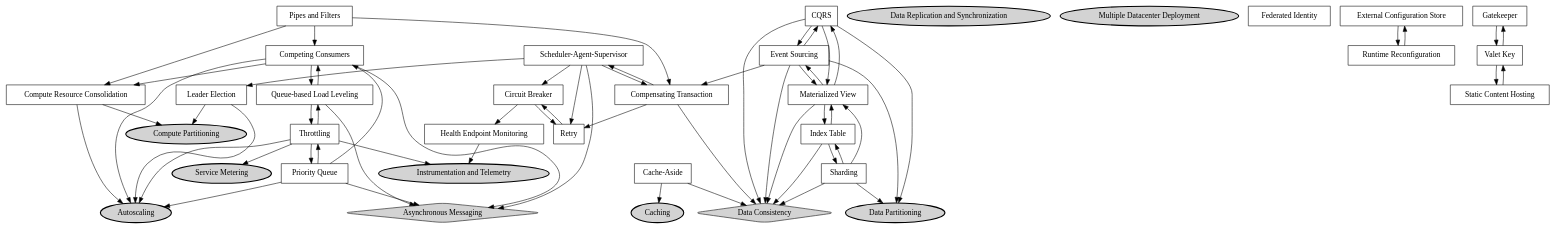
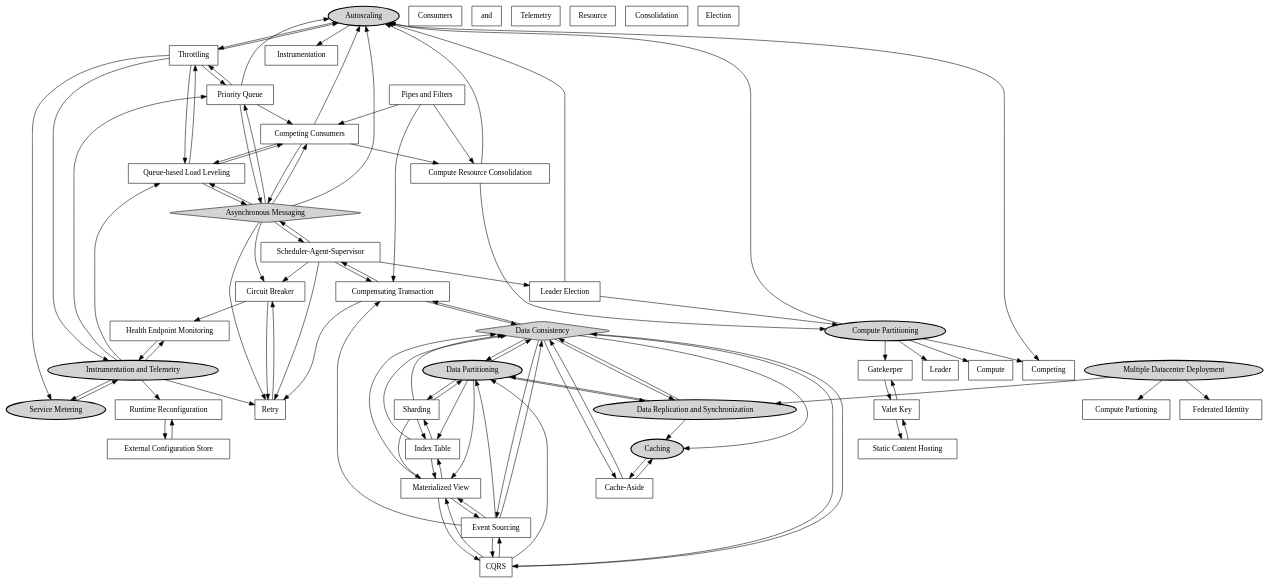
Before and after one commit to isaachan/cloud-design-patterns: the diagram in patterns.dot, drawn with Graphviz.

Commit message:
finish digram.

```diff
--- a/patterns.dot
+++ b/patterns.dot
@@ -1,107 +1,156 @@
 digraph G { 
 
   node[style="filled,bold"]
   "Autoscaling"
   "Caching"
   "Compute Partitioning"
   "Data Partitioning"
   "Data Replication and Synchronization"
   "Instrumentation and Telemetry"
   "Multiple Datacenter Deployment"
   "Service Metering"
 
   node[style="filled,rounded", shape="diamond"]
   "Asynchronous Messaging"
   "Data Consistency"
 
   node[style="solid", shape="box"]
   "Federated Identity"
   
   "Cache-Aside" -> "Caching"
   "Cache-Aside" -> "Data Consistency"
 
   "Circuit Breaker" -> "Retry"
   "Circuit Breaker" -> "Health Endpoint Monitoring"
 
   "Compensating Transaction" -> "Data Consistency"
   "Compensating Transaction" -> "Scheduler-Agent-Supervisor"
   "Compensating Transaction" -> "Retry"
   
   "Competing Consumers" -> "Asynchronous Messaging"
   "Competing Consumers" -> "Autoscaling"
   "Competing Consumers" -> "Compute Resource Consolidation"
   "Competing Consumers" -> "Queue-based Load Leveling"
 
   "Compute Resource Consolidation" -> "Autoscaling"
   "Compute Resource Consolidation" -> "Compute Partitioning"
 
   CQRS -> "Data Consistency"
   CQRS -> "Data Partitioning"
   CQRS -> "Event Sourcing"
   CQRS -> "Materialized View"
 
   "Event Sourcing" -> CQRS
   "Event Sourcing" -> "Materialized View"
   "Event Sourcing" -> "Compensating Transaction"
   "Event Sourcing" -> "Data Consistency"
   "Event Sourcing" -> "Data Partitioning"
 
   "External Configuration Store" -> "Runtime Reconfiguration"
 
   "Gatekeeper" -> "Valet Key"
   
   "Health Endpoint Monitoring" -> "Instrumentation and Telemetry"
   
   "Index Table" -> "Data Consistency"
   "Index Table" -> "Sharding"
   "Index Table" -> "Materialized View"
 
   "Leader Election" -> "Autoscaling"
   "Leader Election" -> "Compute Partitioning"
 
   "Materialized View" -> "Data Consistency"
   "Materialized View" -> CQRS
   "Materialized View" -> "Event Sourcing"
   "Materialized View" -> "Index Table"
 
   "Pipes and Filters" -> "Competing Consumers"
   "Pipes and Filters" -> "Compute Resource Consolidation"
   "Pipes and Filters" -> "Compensating Transaction"
 
   "Priority Queue" -> "Asynchronous Messaging"
   "Priority Queue" -> "Competing Consumers"
   "Priority Queue" -> Throttling
   "Priority Queue" -> Autoscaling
 
   "Queue-based Load Leveling" -> "Asynchronous Messaging"
   "Queue-based Load Leveling" -> "Competing Consumers"
   "Queue-based Load Leveling" -> Throttling
 
   Retry -> "Circuit Breaker"
 
   "Runtime Reconfiguration" -> "External Configuration Store"
 
   "Scheduler-Agent-Supervisor" -> Retry
   "Scheduler-Agent-Supervisor" -> "Circuit Breaker"
   "Scheduler-Agent-Supervisor" -> "Compensating Transaction"
   "Scheduler-Agent-Supervisor" -> "Asynchronous Messaging"
   "Scheduler-Agent-Supervisor" -> "Leader Election"
 
   Sharding -> "Data Consistency"
   Sharding -> "Data Partitioning"
   Sharding -> "Index Table"
   Sharding -> "Materialized View"
 
   "Static Content Hosting" -> "Valet Key"
 
   Throttling -> "Instrumentation and Telemetry"
   Throttling -> "Service Metering"
   Throttling -> "Autoscaling"
   Throttling -> "Queue-based Load Leveling"
   Throttling -> "Priority Queue"
 
   "Valet Key" -> "Gatekeeper"
   "Valet Key" -> "Static Content Hosting"
 
-  
+  "Asynchronous Messaging" -> "Autoscaling"
+  "Asynchronous Messaging" -> "Circuit Breaker"
+  "Asynchronous Messaging" -> "Competing Consumers"
+  "Asynchronous Messaging" -> "Priority Queue"
+  "Asynchronous Messaging" -> "Queue-based Load Leveling"
+  "Asynchronous Messaging" -> Retry
+  "Asynchronous Messaging" -> "Scheduler-Agent-Supervisor"
+
+  Autoscaling -> Throttling
+  Autoscaling -> Competing Consumers
+  Autoscaling -> Instrumentation and Telemetry
+
+  Caching -> "Cache-Aside"
+
+  "Compute Partitioning" -> Autoscaling
+  "Compute Partitioning" -> Competing Consumers
+  "Compute Partitioning" -> Compute Resource Consolidation
+  "Compute Partitioning" -> Gatekeeper
+  "Compute Partitioning" -> Leader Election
+
+  "Data Consistency" -> "Compensating Transaction"
+  "Data Consistency" -> CQRS
+  "Data Consistency" -> "Event Sourcing"
+  "Data Consistency" -> "Data Partitioning"
+  "Data Consistency" -> "Data Replication and Synchronization"
+  "Data Consistency" -> Caching
+  "Data Consistency" -> "Cache-Aside"
+
+  "Data Partitioning" -> Sharding
+  "Data Partitioning" -> "Data Consistency"
+  "Data Partitioning" -> "Data Replication and Synchronization"
+  "Data Partitioning" -> "Index Table"
+  "Data Partitioning" -> "Materialized View"
+
+  "Data Replication and Synchronization" -> Caching
+  "Data Replication and Synchronization" -> "Data Consistency"
+  "Data Replication and Synchronization" -> "Data Partitioning"
+
+  "Instrumentation and Telemetry" -> "Health Endpoint Monitoring"
+  "Instrumentation and Telemetry" -> "Service Metering"
+  "Instrumentation and Telemetry" -> "Queue-based Load Leveling"
+  "Instrumentation and Telemetry" -> "Priority Queue"
+  "Instrumentation and Telemetry" -> Retry
+  "Instrumentation and Telemetry" -> "Runtime Reconfiguration"
+
+  "Multiple Datacenter Deployment" -> "Compute Partioning"
+  "Multiple Datacenter Deployment" -> "Data Replication and Synchronization"
+  "Multiple Datacenter Deployment" -> "Federated Identity"
+
+  "Service Metering" -> "Instrumentation and Telemetry"
 }
```
